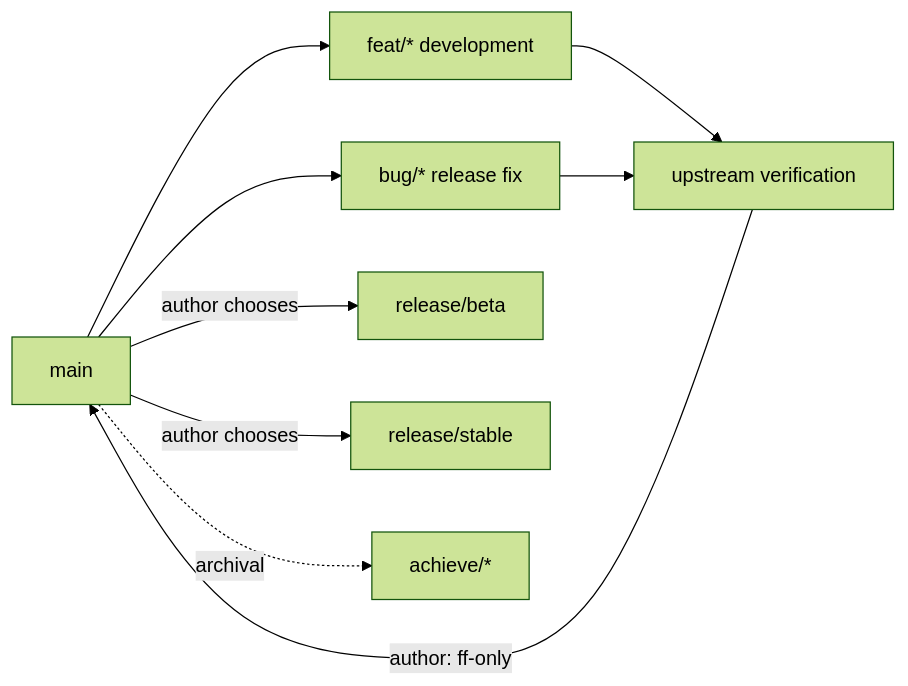
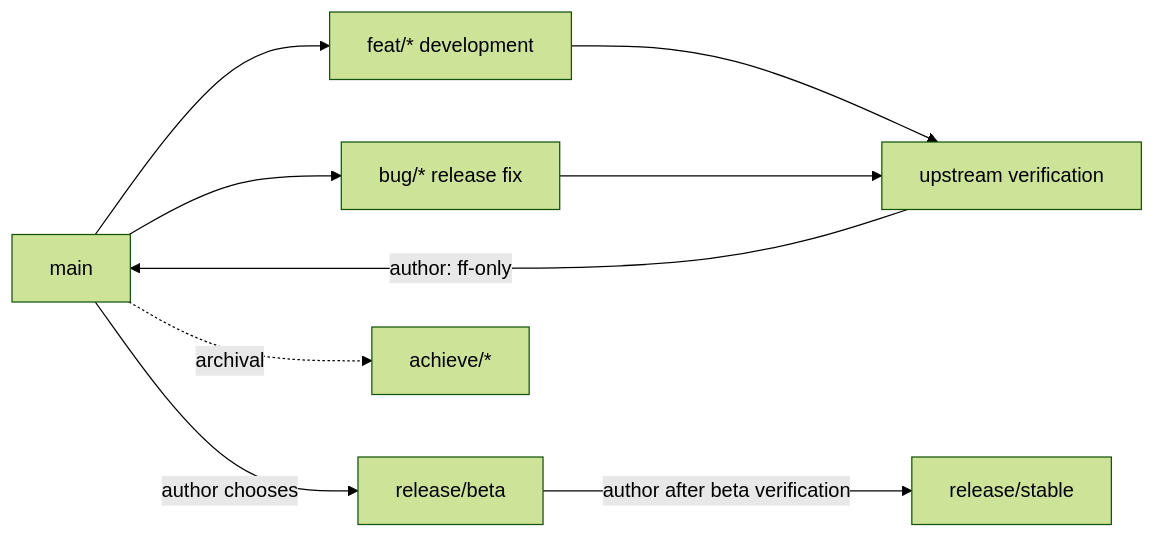
Before and after one commit to MashiroKai/Nebflow: the diagram in CONTRIBUTING.md, drawn with Mermaid (forest theme). The commit also changed other lines of this file and 8 other files, not shown here.

Commit message:
ci: migrate release branches to downstream flow

````diff
--- a/CONTRIBUTING.md
+++ b/CONTRIBUTING.md
@@ -90,11 +90,11 @@
 ```mermaid
 flowchart LR
   M[main] --> F[feat/* development]
   M --> B[bug/* release fix]
   F --> V[upstream verification]
   B --> V
   V -->|author: ff-only| M
   M -->|author chooses| RB[release/beta]
-  M -->|author chooses| RS[release/stable]
+  RB -->|author after beta verification| RS[release/stable]
   M -. archival .-> A[achieve/*]
 ```
````
